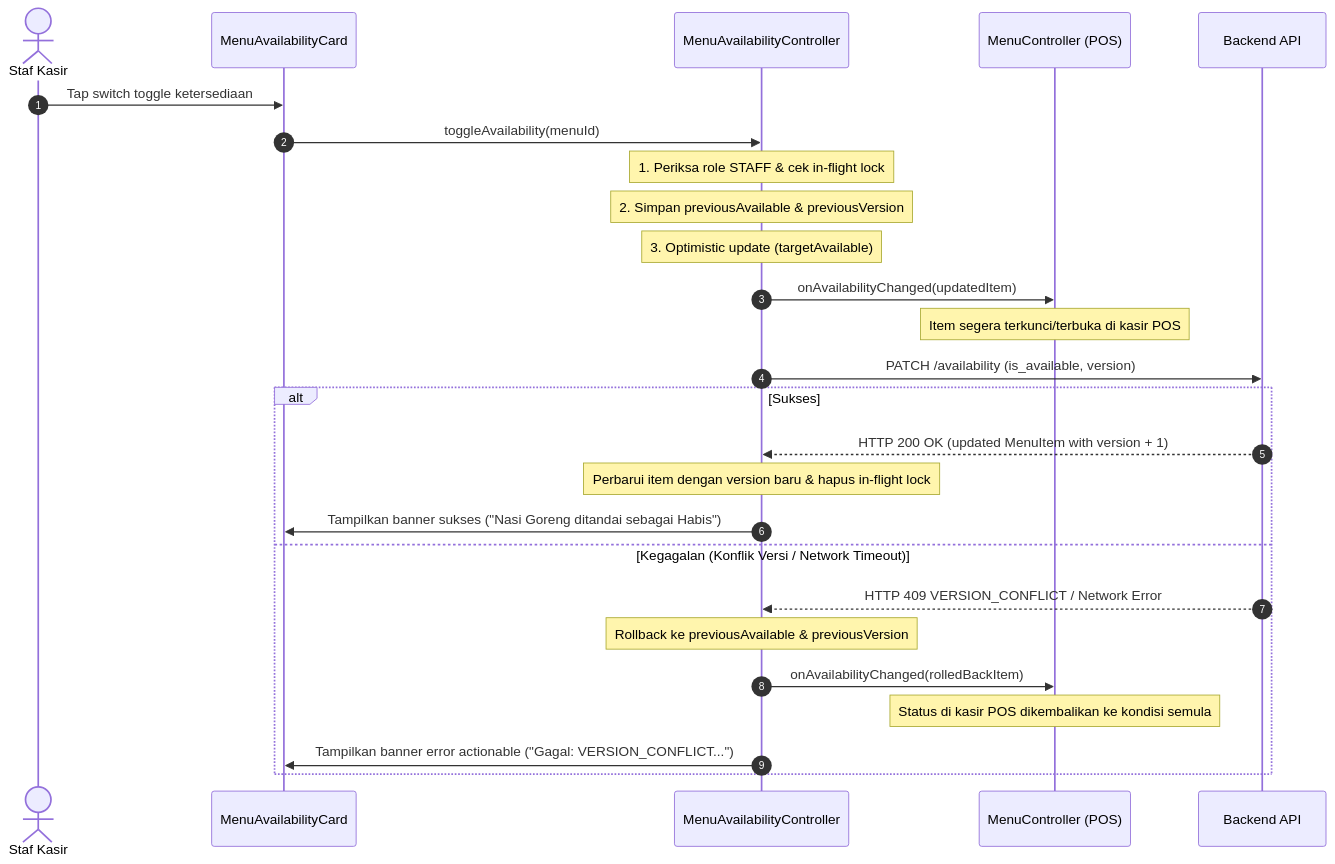
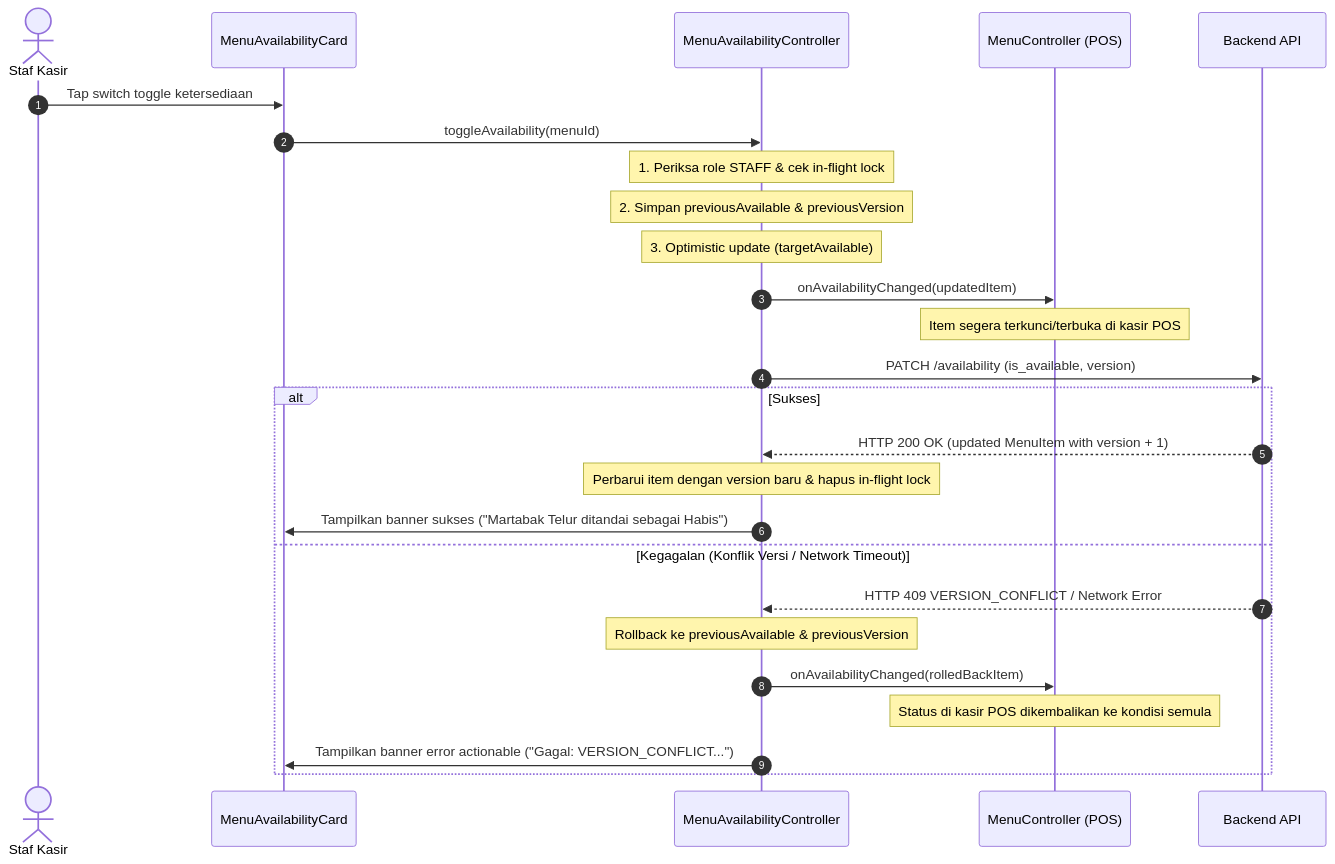
Before and after one commit to yogaananda6677/pesanhub: the diagram in docs/MENU_AVAILABILITY.md, drawn with Mermaid. The commit also changed other lines of this file and 108 other files, not shown here.

````diff
--- a/docs/MENU_AVAILABILITY.md
+++ b/docs/MENU_AVAILABILITY.md
@@ -53,30 +53,30 @@
 ```mermaid
 sequenceDiagram
     autonumber
     actor Staf as Staf Kasir
     participant UI as MenuAvailabilityCard
     participant Ctrl as MenuAvailabilityController
     participant POS as MenuController (POS)
     participant API as Backend API
 
     Staf->>UI: Tap switch toggle ketersediaan
     UI->>Ctrl: toggleAvailability(menuId)
     Note over Ctrl: 1. Periksa role STAFF & cek in-flight lock
     Note over Ctrl: 2. Simpan previousAvailable & previousVersion
     Note over Ctrl: 3. Optimistic update (targetAvailable)
     Ctrl->>POS: onAvailabilityChanged(updatedItem)
     Note over POS: Item segera terkunci/terbuka di kasir POS
     Ctrl->>API: PATCH /availability (is_available, version)
     
     alt Sukses
         API-->>Ctrl: HTTP 200 OK (updated MenuItem with version + 1)
         Note over Ctrl: Perbarui item dengan version baru & hapus in-flight lock
-        Ctrl->>UI: Tampilkan banner sukses ("Nasi Goreng ditandai sebagai Habis")
+        Ctrl->>UI: Tampilkan banner sukses ("Martabak Telur ditandai sebagai Habis")
     else Kegagalan (Konflik Versi / Network Timeout)
         API-->>Ctrl: HTTP 409 VERSION_CONFLICT / Network Error
         Note over Ctrl: Rollback ke previousAvailable & previousVersion
         Ctrl->>POS: onAvailabilityChanged(rolledBackItem)
         Note over POS: Status di kasir POS dikembalikan ke kondisi semula
         Ctrl->>UI: Tampilkan banner error actionable ("Gagal: VERSION_CONFLICT...")
     end
 ```
````
